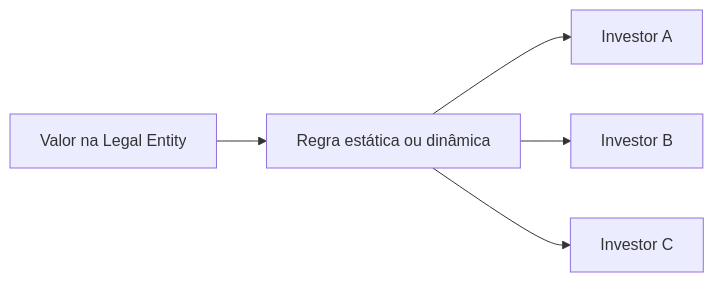
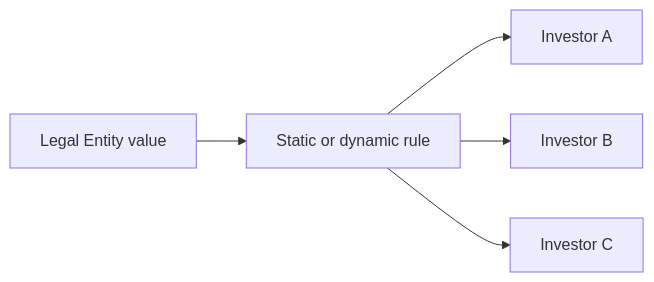
Before and after one commit to msekimoto/investran: the second of 3 diagrams in docs/allocation-rules/architecture.md, drawn with Mermaid. The commit also changed other lines of this file and 52 other files, not shown here.

````diff
--- a/docs/allocation-rules/architecture.md
+++ b/docs/allocation-rules/architecture.md
@@ -35,7 +35,7 @@
 ```mermaid
 flowchart LR
-    LE[Valor na Legal Entity] --> AR[Regra estática ou dinâmica]
+    LE[Legal Entity value] --> AR[Static or dynamic rule]
     AR --> I1[Investor A]
     AR --> I2[Investor B]
     AR --> I3[Investor C]
 ```
````
